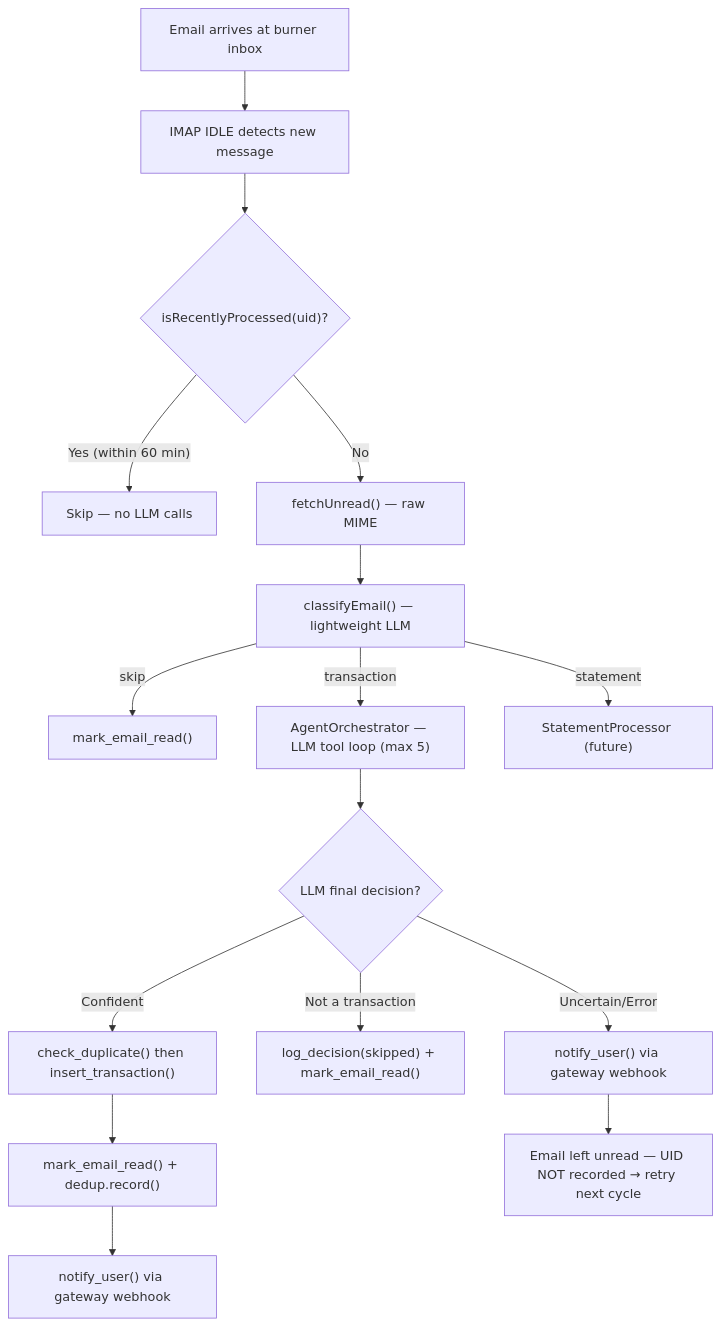
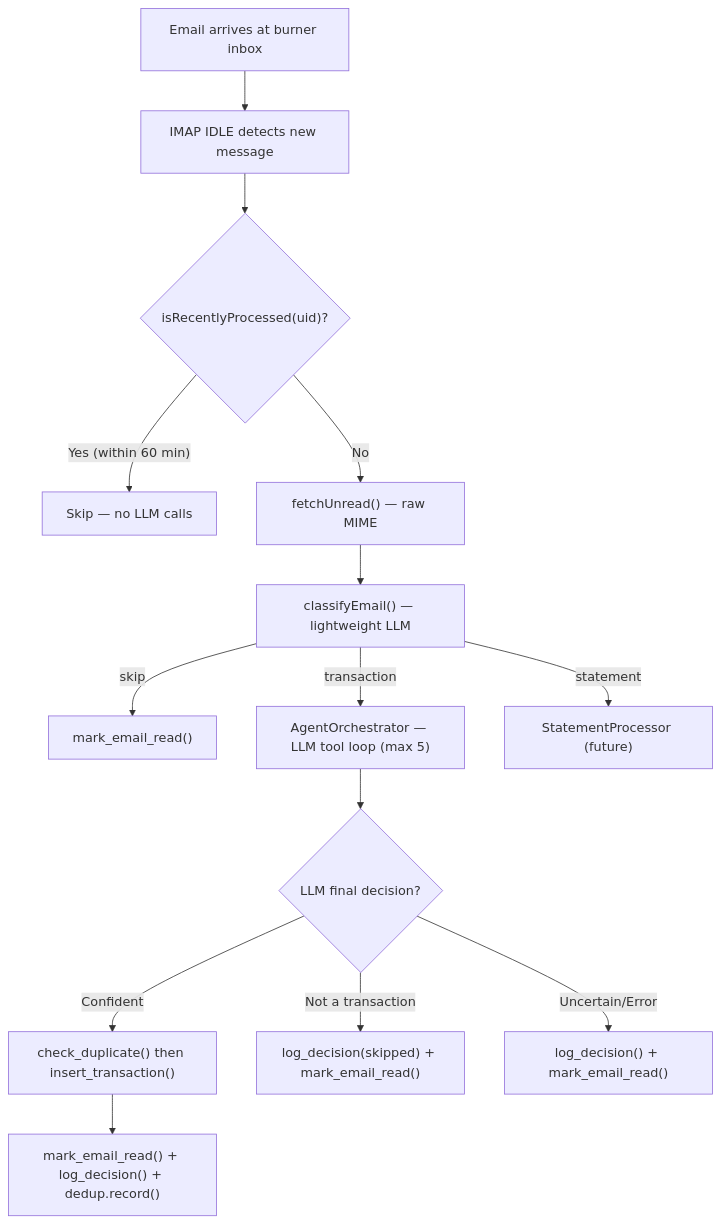
One commit to darrencjh8/darren-openclaw changed the seventh of 10 diagrams in design.md. Above: the diagram before and after it, drawn with Mermaid. The commit also changed other lines of this file and 21 other files, not shown here.

````diff
--- a/design.md
+++ b/design.md
@@ -947,23 +939,21 @@
 ```mermaid
 flowchart TD
     A["Email arrives at burner inbox"] --> B["IMAP IDLE detects new message"]
     B --> PREFILTER{"isRecentlyProcessed(uid)?"}
     PREFILTER -->|"Yes (within 60 min)"| SKIP["Skip — no LLM calls"]
     PREFILTER -->|"No"| C["fetchUnread() — raw MIME"]
     C --> CLASSIFY["classifyEmail() — lightweight LLM"]
     
     CLASSIFY -->|"skip"| MARK_SKIP["mark_email_read()"]
     CLASSIFY -->|"transaction"| ORCH["AgentOrchestrator — LLM tool loop (max 5)"]
     CLASSIFY -->|"statement"| STMT["StatementProcessor (future)"]
     
     ORCH --> DECISION{"LLM final decision?"}
     
     DECISION -->|"Confident"| CHECK["check_duplicate() then insert_transaction()"]
-    CHECK --> MARK["mark_email_read() + dedup.record()"]
-    MARK --> NOTIFY["notify_user() via gateway webhook"]
+    CHECK --> MARK["mark_email_read() + log_decision() + dedup.record()"]
     
     DECISION -->|"Not a transaction"| SKIPLOG["log_decision(skipped) + mark_email_read()"]
     
-    DECISION -->|"Uncertain/Error"| NOTIFY2["notify_user() via gateway webhook"]
-    NOTIFY2 --> UNREAD["Email left unread — UID NOT recorded → retry next cycle"]
+    DECISION -->|"Uncertain/Error"| UNCERTAIN["log_decision() + mark_email_read()"]
 ```
````
